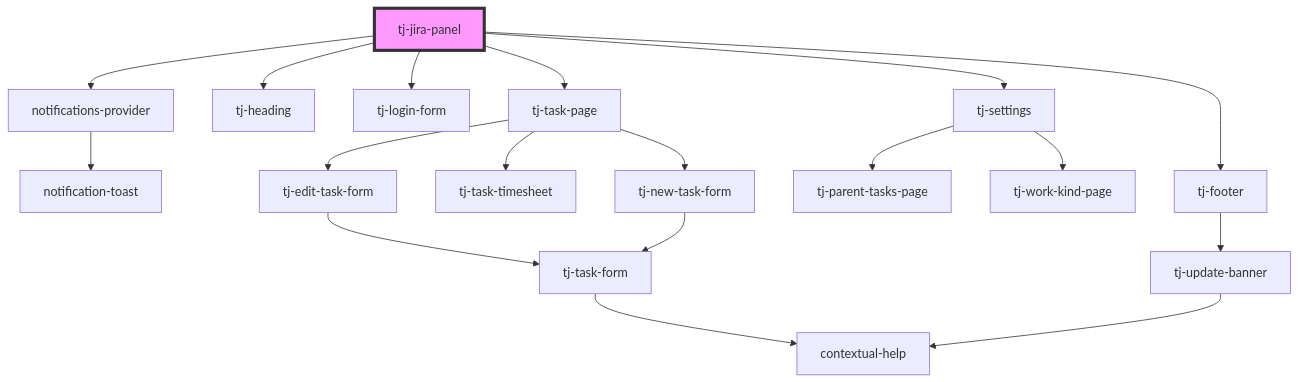
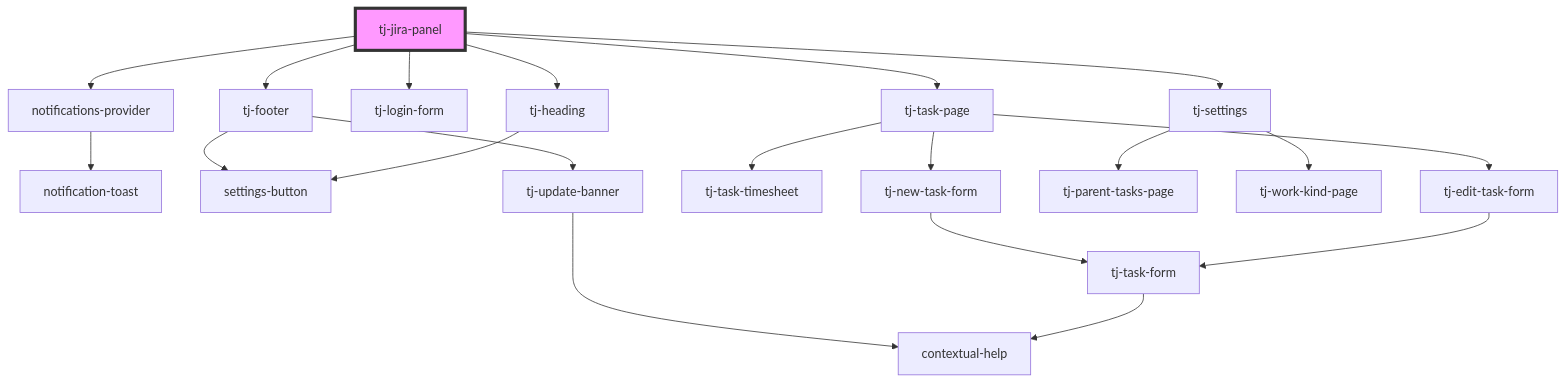
One commit to davids-ensemble/tj-jira-panel changed the diagram in src/components/tj-jira-panel/readme.md. Above: the diagram before and after it, drawn with Mermaid. The commit also changed other lines of this file and 30 other files, not shown here.

````diff
--- a/src/components/tj-jira-panel/readme.md
+++ b/src/components/tj-jira-panel/readme.md
@@ -30,21 +31,23 @@
 ```mermaid
 graph TD;
   tj-jira-panel --> notifications-provider
   tj-jira-panel --> tj-heading
   tj-jira-panel --> tj-login-form
   tj-jira-panel --> tj-task-page
   tj-jira-panel --> tj-settings
   tj-jira-panel --> tj-footer
   notifications-provider --> notification-toast
+  tj-heading --> settings-button
   tj-task-page --> tj-edit-task-form
   tj-task-page --> tj-task-timesheet
   tj-task-page --> tj-new-task-form
   tj-edit-task-form --> tj-task-form
   tj-task-form --> contextual-help
   tj-new-task-form --> tj-task-form
   tj-settings --> tj-parent-tasks-page
   tj-settings --> tj-work-kind-page
+  tj-footer --> settings-button
   tj-footer --> tj-update-banner
   tj-update-banner --> contextual-help
   style tj-jira-panel fill:#f9f,stroke:#333,stroke-width:4px
 ```
````
